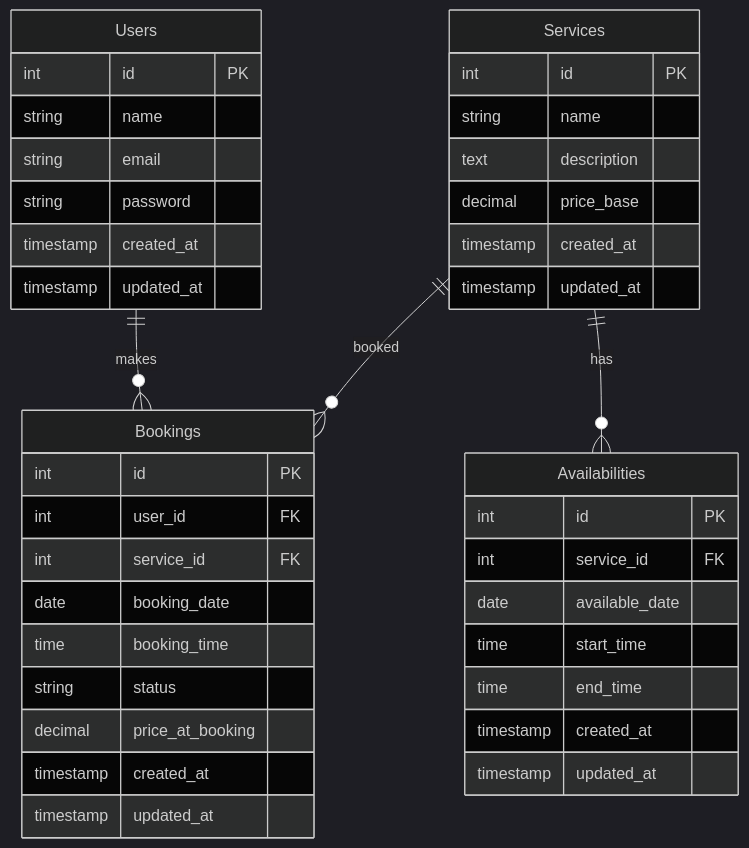
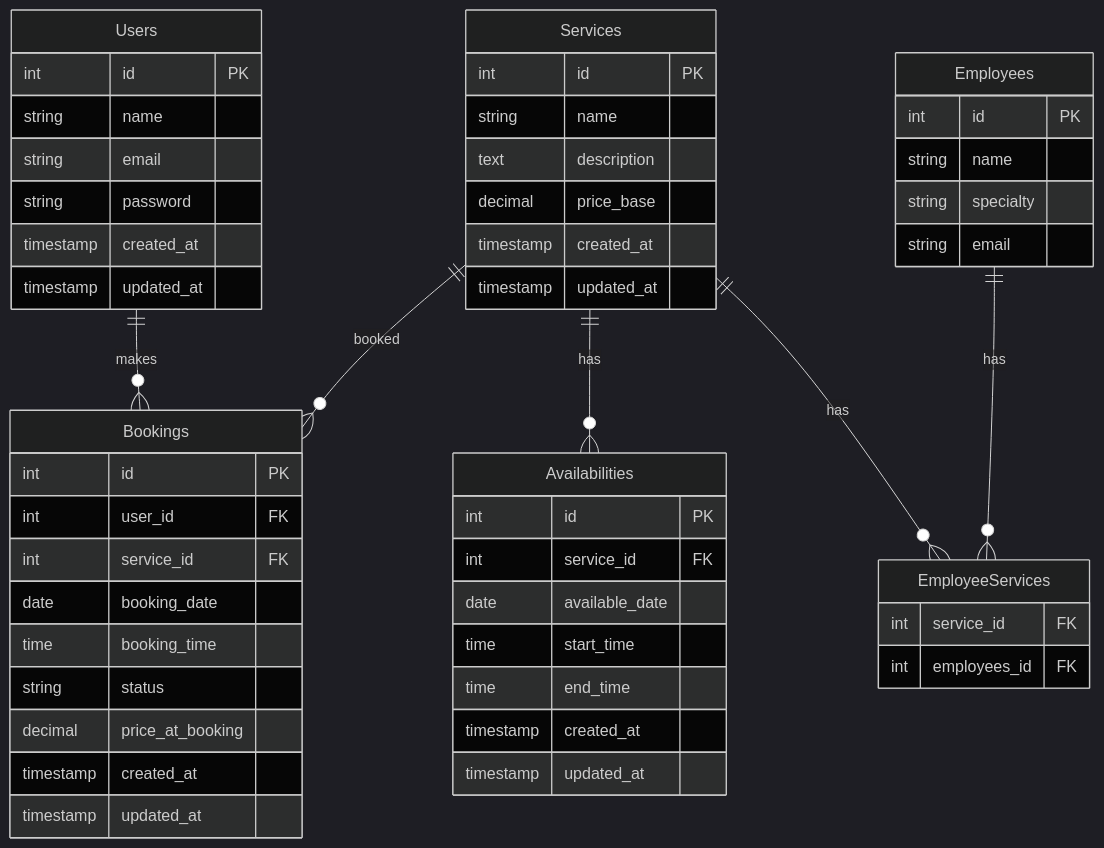
The first of 2 diagrams in README.md (GeanVillamar/booking-system), drawn with Mermaid (dark theme) before and after one commit. The commit also changed other lines of this file, not shown here.

````diff
--- a/README.md
+++ b/README.md
@@ -23,48 +23,62 @@
 ```mermaid
 erDiagram
     Users {
         int id PK
         string name
         string email
         string password
         timestamp created_at
         timestamp updated_at
     }
 
     Services {
         int id PK
         string name
         text description
         decimal price_base
         timestamp created_at
         timestamp updated_at
+    }
+
+    Employees{
+        int id PK
+        string name
+        string specialty
+        string email
+    }
+
+     EmployeeServices{
+        int service_id FK
+        int employees_id FK
     }
 
     Bookings {
         int id PK
         int user_id FK
         int service_id FK
         date booking_date
         time booking_time
         string status
         decimal price_at_booking
         timestamp created_at
         timestamp updated_at
     }
 
     Availabilities {
         int id PK
         int service_id FK
         date available_date
         time start_time
         time end_time
         timestamp created_at
         timestamp updated_at
     }
 
 
     Users ||--o{ Bookings : makes
     Services ||--o{ Bookings : booked
     Services ||--o{ Availabilities : has
+    Employees ||--o{ EmployeeServices : has
+    Services ||--o{ EmployeeServices : has
 
 ```
````
